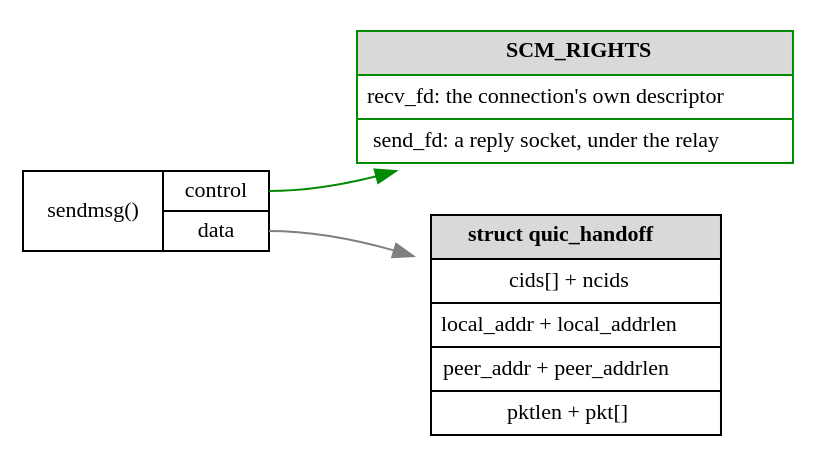
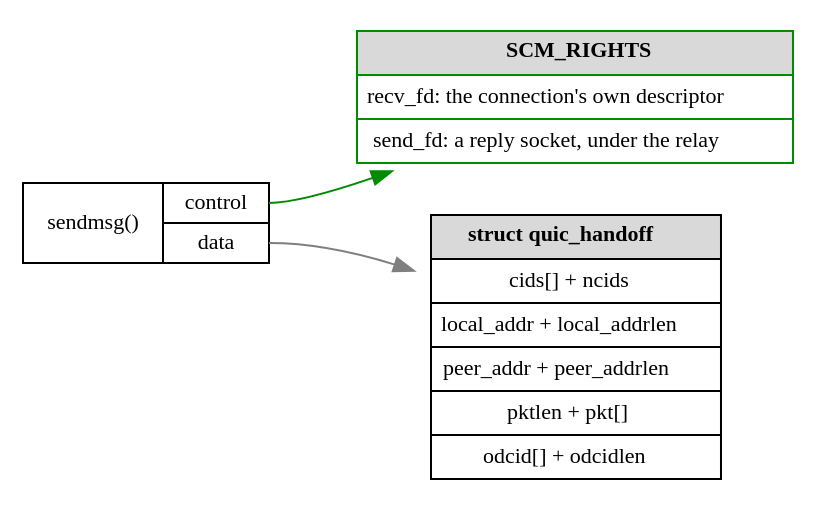
The second of 6 diagrams in docsrc/concepts/features/quic-dispatch.rst (cyrusimap/cyrus-imapd), drawn with Graphviz before and after one commit. The commit also changed other lines of this file and 5 other files, not shown here.

```diff
--- a/docsrc/concepts/features/quic-dispatch.rst
+++ b/docsrc/concepts/features/quic-dispatch.rst
@@ -78,29 +78,30 @@
 .. graphviz::
     :caption: What a QUIC_HANDOFF_FD message carries
 
     digraph {
             rankdir = LR;
             splines = true;
 
             edge [color=gray50, fontname=Calibri, fontsize=11];
             node [shape=record, fontname=Calibri, fontsize=11];
 
             msg [label="{sendmsg()|{<c>control|<d>data}}"];
             fd [shape=plaintext, label=<
                 <TABLE BORDER="0" CELLBORDER="1" CELLSPACING="0" CELLPADDING="4" COLOR="green4">
                     <TR><TD BGCOLOR="gray85"><B>SCM_RIGHTS</B></TD></TR>
                     <TR><TD>recv_fd: the connection's own descriptor</TD></TR>
                     <TR><TD>send_fd: a reply socket, under the relay</TD></TR>
                 </TABLE>>];
             payload [shape=plaintext, label=<
                 <TABLE BORDER="0" CELLBORDER="1" CELLSPACING="0" CELLPADDING="4">
                     <TR><TD BGCOLOR="gray85"><B>struct quic_handoff</B></TD></TR>
                     <TR><TD>cids[] + ncids</TD></TR>
                     <TR><TD>local_addr + local_addrlen</TD></TR>
                     <TR><TD>peer_addr + peer_addrlen</TD></TR>
                     <TR><TD>pktlen + pkt[]</TD></TR>
+                    <TR><TD>odcid[] + odcidlen</TD></TR>
                 </TABLE>>];
 
             msg:c -> fd [color=green4];
             msg:d -> payload;
         }
```
